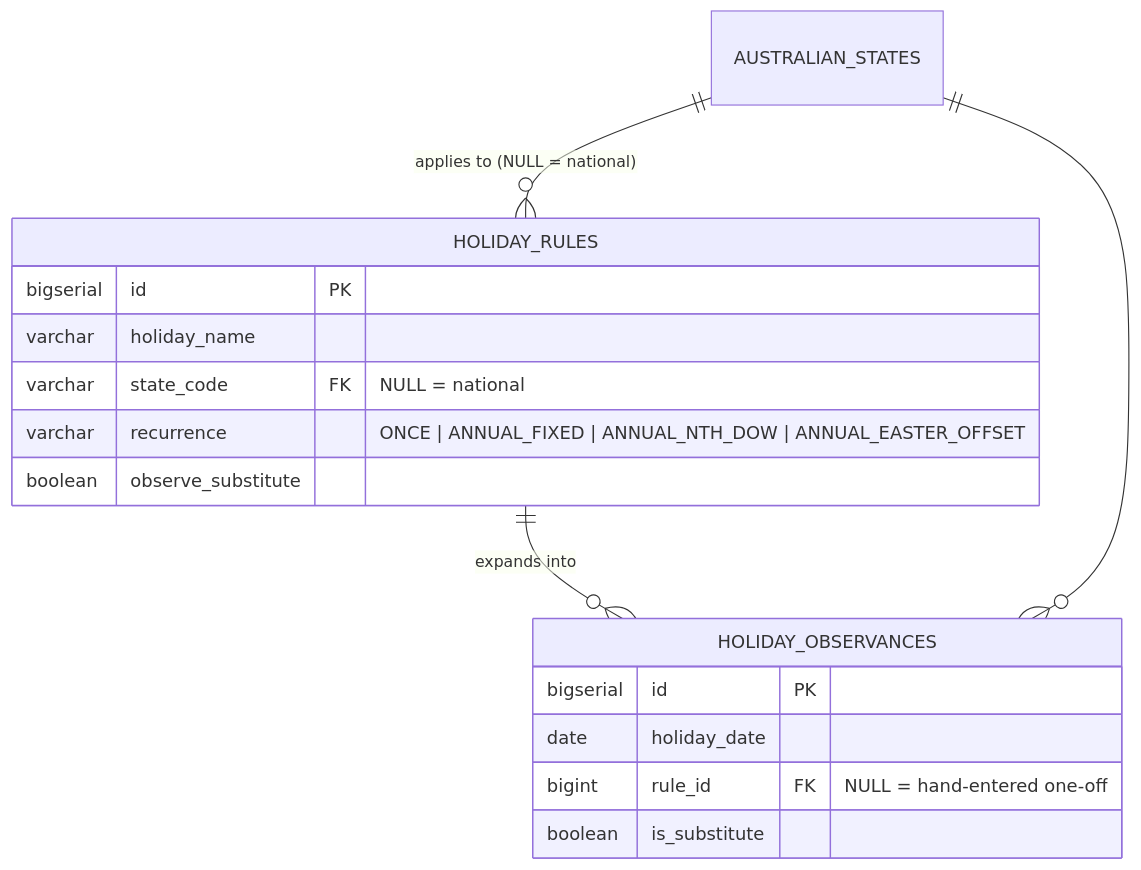
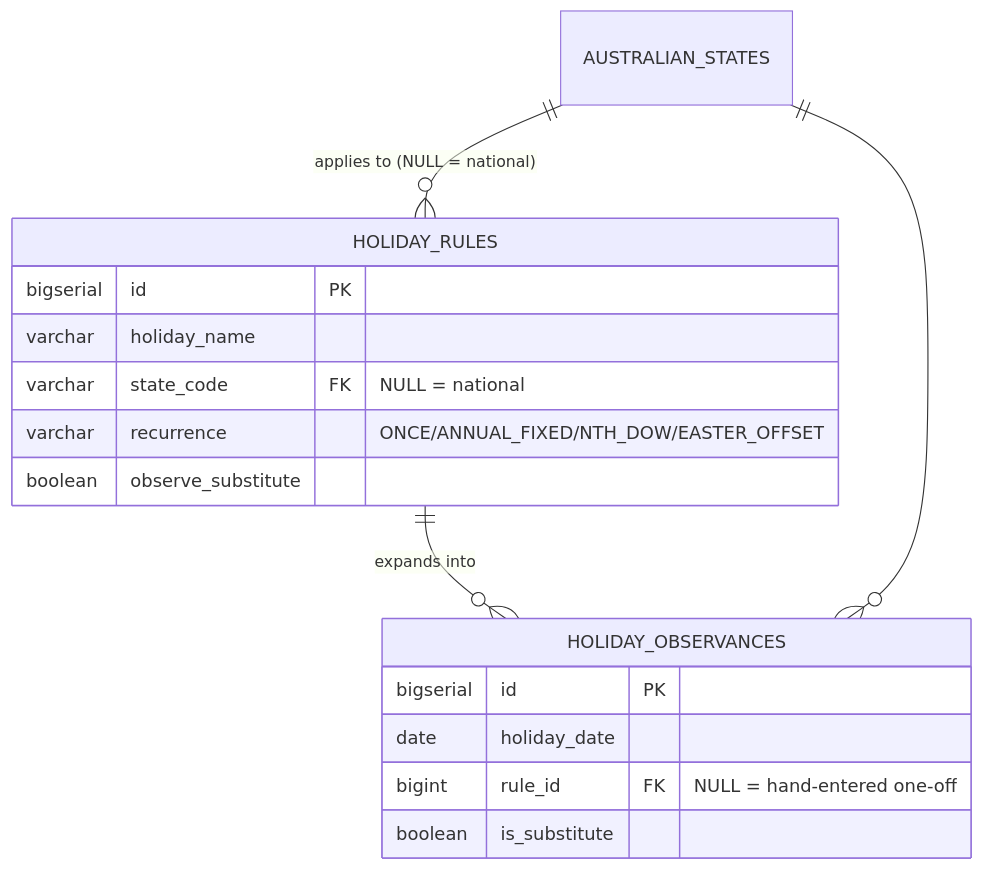
One commit to harleycalvert/nvims changed the seventh of 11 diagrams in docs/DATABASE.md. Above: the diagram before and after it, drawn with Mermaid. The commit also changed other lines of this file, not shown here.

Commit message:
Mermaid - Unable to render rich display - potential fix.

````diff
--- a/docs/DATABASE.md
+++ b/docs/DATABASE.md
@@ -290,20 +290,20 @@
 ```mermaid
 erDiagram
     HOLIDAY_RULES ||--o{ HOLIDAY_OBSERVANCES : "expands into"
     AUSTRALIAN_STATES ||--o{ HOLIDAY_RULES : "applies to (NULL = national)"
     AUSTRALIAN_STATES ||--o{ HOLIDAY_OBSERVANCES : ""
 
     HOLIDAY_RULES {
         bigserial id PK
         varchar holiday_name
         varchar state_code FK "NULL = national"
-        varchar recurrence "ONCE | ANNUAL_FIXED | ANNUAL_NTH_DOW | ANNUAL_EASTER_OFFSET"
+        varchar recurrence "ONCE/ANNUAL_FIXED/NTH_DOW/EASTER_OFFSET"
         boolean observe_substitute
     }
     HOLIDAY_OBSERVANCES {
         bigserial id PK
         date holiday_date
         bigint rule_id FK "NULL = hand-entered one-off"
         boolean is_substitute
     }
 ```
````
